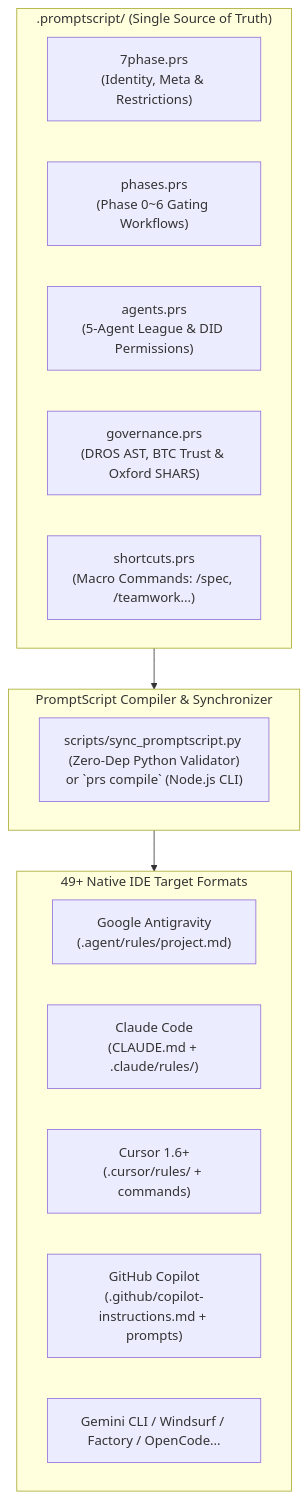
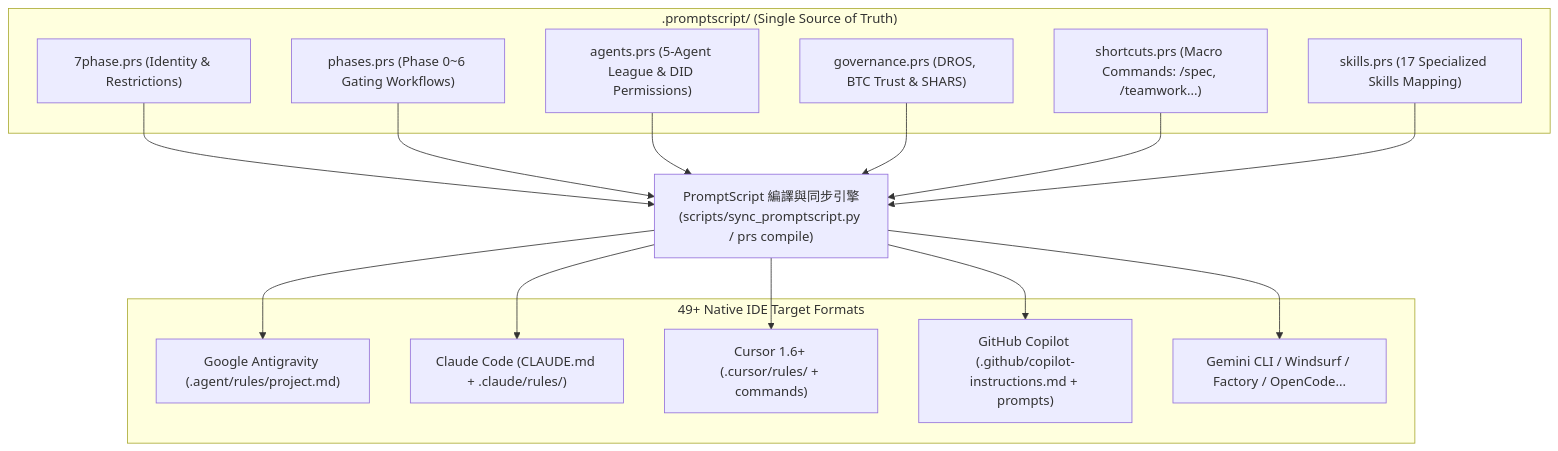
Before and after one commit to PingpowerTW/7-Phase-Agentic-Workflow: the second of 6 diagrams in README.md, drawn with Mermaid. The commit also changed other lines of this file and 1 other file, not shown here.

Commit message:
fix(mermaid): resolve GitHub rich display error 'Could not find a suitable point for the given distance' by replacing compound subgraph edges with standard node-to-node layout

````diff
--- a/README.md
+++ b/README.md
@@ -83,25 +65,24 @@
 ```mermaid
 flowchart TD
     subgraph DSL [".promptscript/ (Single Source of Truth)"]
-        A["7phase.prs<br/>(Identity, Meta & Restrictions)"]
-        B["phases.prs<br/>(Phase 0~6 Gating Workflows)"]
-        C["agents.prs<br/>(5-Agent League & DID Permissions)"]
-        D["governance.prs<br/>(DROS AST, BTC Trust & Oxford SHARS)"]
-        E["shortcuts.prs<br/>(Macro Commands: /spec, /teamwork...)"]
+        A["7phase.prs (Identity &amp; Restrictions)"]
+        B["phases.prs (Phase 0~6 Gating Workflows)"]
+        C["agents.prs (5-Agent League &amp; DID Permissions)"]
+        D["governance.prs (DROS, BTC Trust &amp; SHARS)"]
+        E["shortcuts.prs (Macro Commands: /spec, /teamwork...)"]
+        F["skills.prs (17 Specialized Skills Mapping)"]
     end
 
-    subgraph ENGINE ["PromptScript Compiler & Synchronizer"]
-        SYNC["scripts/sync_promptscript.py (Zero-Dep Python Validator)<br/>or `prs compile` (Node.js CLI)"]
-    end
+    SYNC["PromptScript 編譯與同步引擎<br/>(scripts/sync_promptscript.py / prs compile)"]
 
     subgraph TARGETS ["49+ Native IDE Target Formats"]
-        T1["Google Antigravity<br/>(.agent/rules/project.md)"]
-        T2["Claude Code<br/>(CLAUDE.md + .claude/rules/)"]
-        T3["Cursor 1.6+<br/>(.cursor/rules/ + commands)"]
-        T4["GitHub Copilot<br/>(.github/copilot-instructions.md + prompts)"]
+        T1["Google Antigravity (.agent/rules/project.md)"]
+        T2["Claude Code (CLAUDE.md + .claude/rules/)"]
+        T3["Cursor 1.6+ (.cursor/rules/ + commands)"]
+        T4["GitHub Copilot (.github/copilot-instructions.md + prompts)"]
         T5["Gemini CLI / Windsurf / Factory / OpenCode..."]
     end
 
-    DSL --> ENGINE
-    ENGINE --> TARGETS
+    A & B & C & D & E & F --> SYNC
+    SYNC --> T1 & T2 & T3 & T4 & T5
 ```
````
